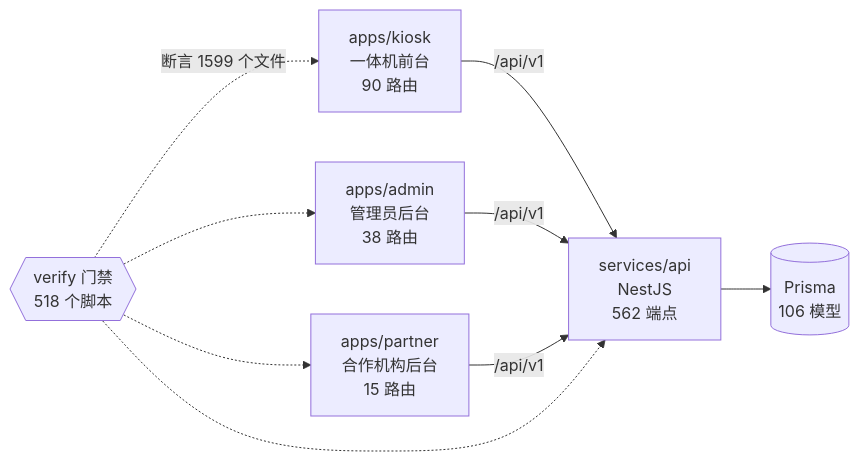
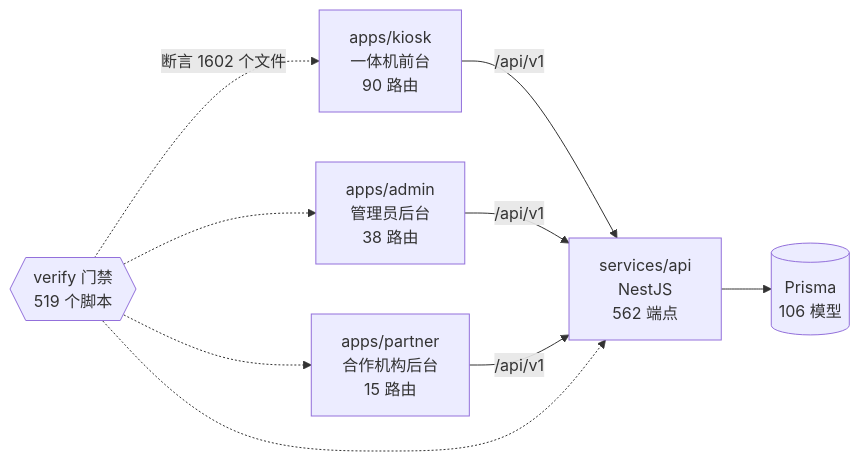
One commit to wanglei581/YITIJI changed the diagram in docs/graph/README.md. Above: the diagram before and after it, drawn with Mermaid. The commit also changed other lines of this file and 4 other files, not shown here.

Commit message:
docs(progress): misc3 记录；重新生成图谱

````diff
--- a/docs/graph/README.md
+++ b/docs/graph/README.md
@@ -68,18 +68,18 @@
 ```mermaid
 flowchart LR
   kiosk["apps/kiosk<br/>一体机前台<br/>90 路由"]
   admin["apps/admin<br/>管理员后台<br/>38 路由"]
   partner["apps/partner<br/>合作机构后台<br/>15 路由"]
   api["services/api<br/>NestJS<br/>562 端点"]
   db[("Prisma<br/>106 模型")]
-  gates{{"verify 门禁<br/>518 个脚本"}}
+  gates{{"verify 门禁<br/>519 个脚本"}}
 
   kiosk -->|"/api/v1"| api
   admin -->|"/api/v1"| api
   partner -->|"/api/v1"| api
   api --> db
-  gates -.->|"断言 1599 个文件"| kiosk
+  gates -.->|"断言 1602 个文件"| kiosk
   gates -.-> admin
   gates -.-> partner
   gates -.-> api
 ```
````
